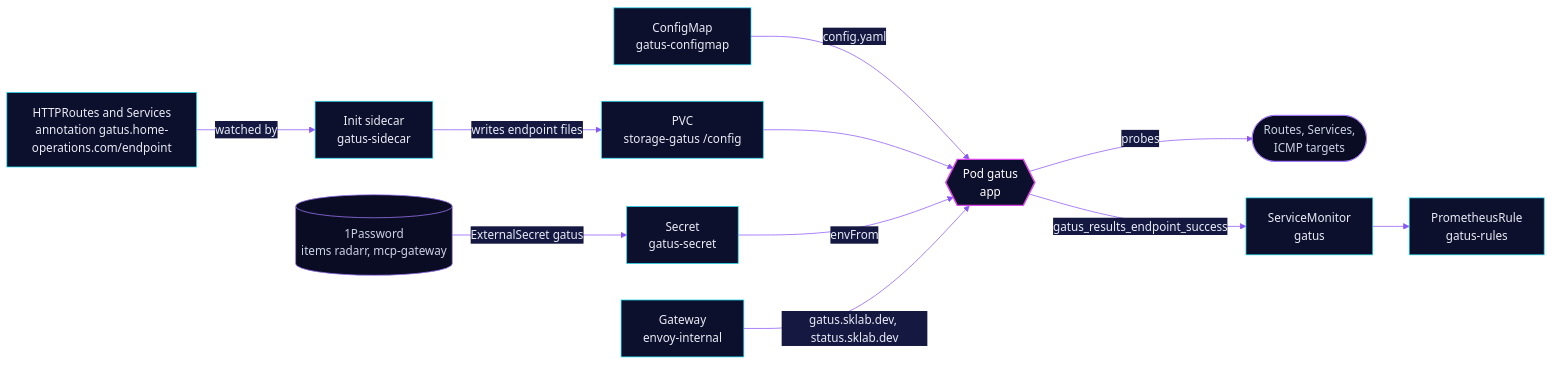
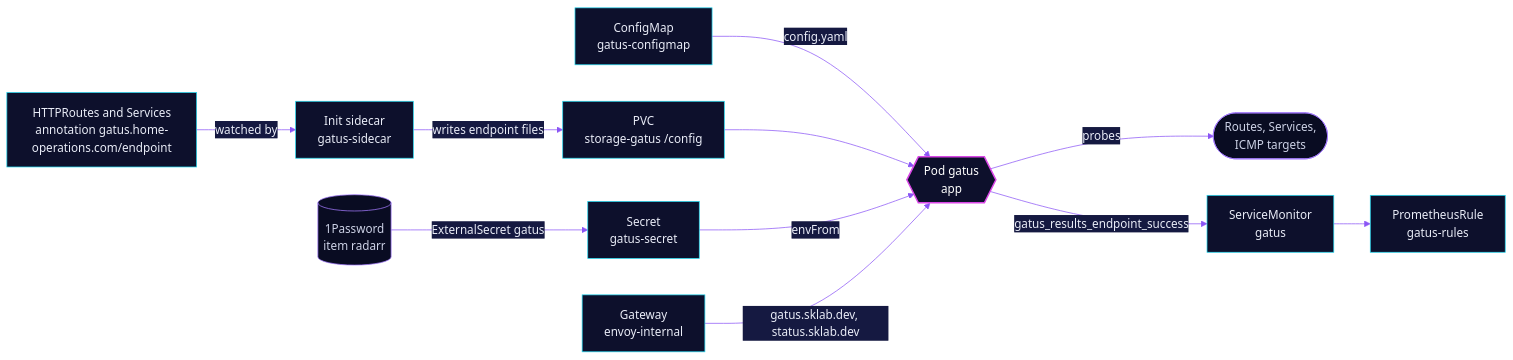
The diagram in kubernetes/apps/base/monitoring/gatus/README.md (skrumbach/home-ops), drawn with Mermaid before and after one commit. The commit also changed other lines of this file and 45 other files, not shown here.

Commit message:
refactor(ai): retire the toolhive MCP servers and gateway (#2943)

````diff
--- a/kubernetes/apps/base/monitoring/gatus/README.md
+++ b/kubernetes/apps/base/monitoring/gatus/README.md
@@ -39,18 +38,18 @@
 ```mermaid
 %%{init: {'theme':'base','themeVariables':{'primaryColor':'#0D102C','primaryTextColor':'#E9ECF7','primaryBorderColor':'#22D8F0','lineColor':'#8B55F5','secondaryColor':'#151941','tertiaryColor':'#090C22','edgeLabelBackground':'#151941'}}}%%
 flowchart LR
   rt["HTTPRoutes and Services<br/>annotation gatus.home-operations.com/endpoint"] -->|watched by| sc["Init sidecar<br/>gatus-sidecar"]
   sc -->|writes endpoint files| pvc["PVC<br/>storage-gatus /config"]
   cm["ConfigMap<br/>gatus-configmap"] -->|config.yaml| g{{"Pod gatus<br/>app"}}
   pvc --> g
-  op[("1Password<br/>items radarr, mcp-gateway")] -->|ExternalSecret gatus| sec["Secret<br/>gatus-secret"]
+  op[("1Password<br/>item radarr")] -->|ExternalSecret gatus| sec["Secret<br/>gatus-secret"]
   sec -->|envFrom| g
   g -->|probes| tg(["Routes, Services,<br/>ICMP targets"])
   g -->|"gatus_results_endpoint_success"| sm["ServiceMonitor<br/>gatus"]
   sm --> pr["PrometheusRule<br/>gatus-rules"]
   gw["Gateway<br/>envoy-internal"] -->|gatus.sklab.dev, status.sklab.dev| g
   classDef accent fill:#0D102C,stroke:#D946E6,stroke-width:2px,color:#FFFFFF
   classDef ext fill:#090C22,stroke:#A57BFF,color:#CDD2E6
   class g accent
   class op,tg ext
 ```
````
